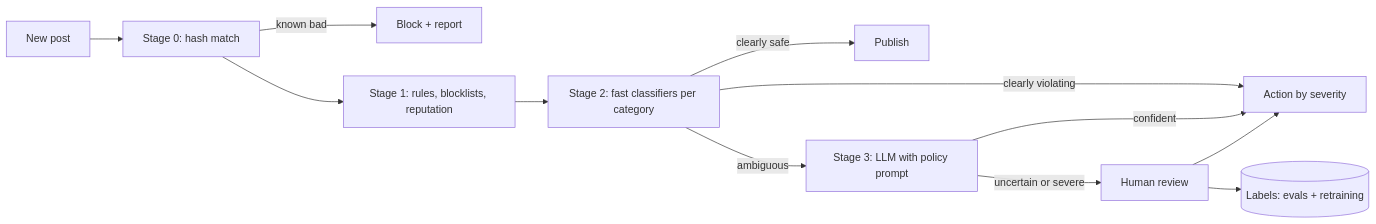
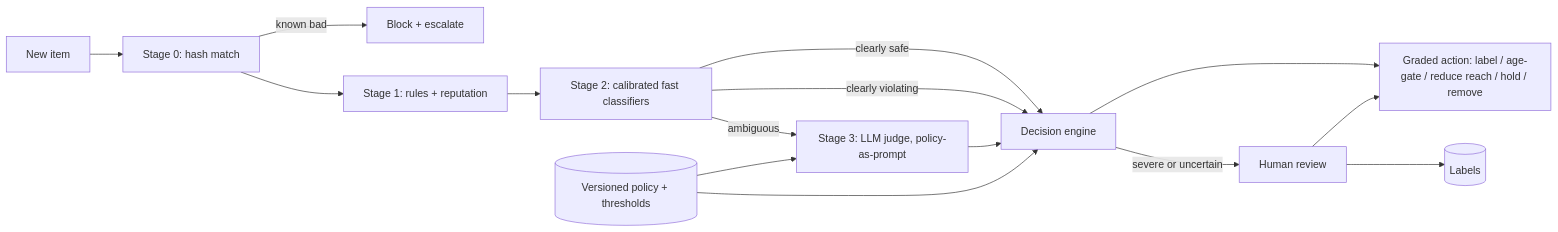
One commit to zekkrron/cs-knowledge-base changed the first of 5 diagrams in Agentic/Problems/11 - LLM Content Moderation Pipeline.md. Above: the diagram before and after it, drawn with Mermaid. The commit also changed other lines of this file and 46 other files, not shown here.

````diff
--- a/Agentic/Problems/11 - LLM Content Moderation Pipeline.md
+++ b/Agentic/Problems/11 - LLM Content Moderation Pipeline.md
@@ -36,14 +103,17 @@
 ```mermaid
 flowchart LR
-    P[New post] --> H[Stage 0: hash match]
-    H -->|known bad| BLOCK[Block + report]
-    H --> R[Stage 1: rules, blocklists, reputation]
-    R --> C[Stage 2: fast classifiers per category]
-    C -->|clearly safe| ALLOW[Publish]
-    C -->|clearly violating| ACT[Action by severity]
-    C -->|ambiguous| L[Stage 3: LLM with policy prompt]
-    L -->|confident| ACT
-    L -->|uncertain or severe| HR[Human review]
+    P[New item] --> H[Stage 0: hash match]
+    H -->|known bad| ESC[Block + escalate]
+    H --> R[Stage 1: rules + reputation]
+    R --> C[Stage 2: calibrated fast classifiers]
+    C -->|clearly safe| DE[Decision engine]
+    C -->|clearly violating| DE
+    C -->|ambiguous| L[Stage 3: LLM judge, policy-as-prompt]
+    L --> DE
+    DE -->|severe or uncertain| HR[Human review]
+    DE --> ACT[Graded action: label / age-gate / reduce reach / hold / remove]
     HR --> ACT
-    HR --> DATA[(Labels: evals + retraining)]
+    HR --> LAB[(Labels)]
+    POL[(Versioned policy + thresholds)] --> L
+    POL --> DE
 ```
````
